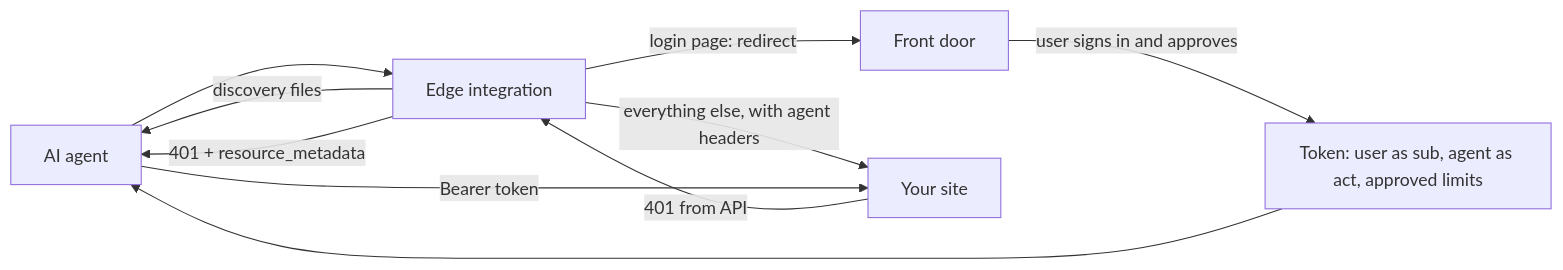
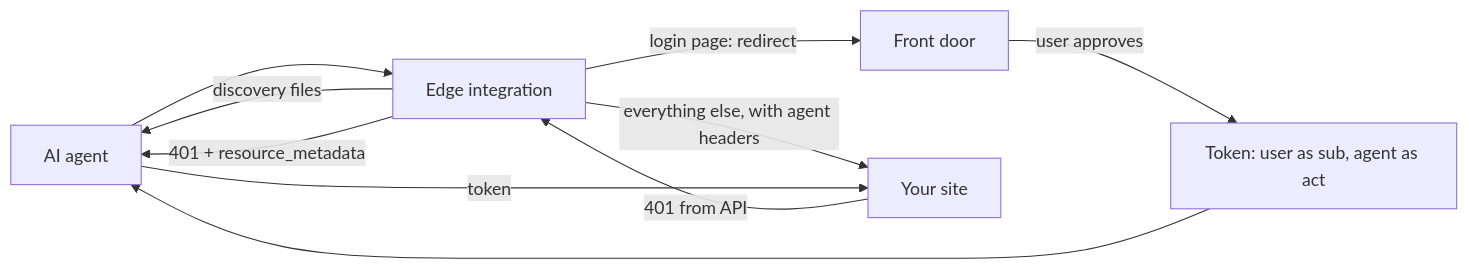
Before and after one commit to descope/agent-edge: the first of 2 diagrams in README.md, drawn with Mermaid. The commit also changed other lines of this file and 2 other files, not shown here.

````diff
--- a/README.md
+++ b/README.md
@@ -30,12 +21,12 @@
 ```mermaid
 flowchart LR
   agent[AI agent] --> edge[Edge integration]
   edge -- "discovery files" --> agent
   edge -- "login page: redirect" --> door[Front door]
   edge -- "everything else, with agent headers" --> site[Your site]
   site -- "401 from API" --> edge
   edge -- "401 + resource_metadata" --> agent
-  door -- "user signs in and approves" --> token["Token: user as sub, agent as act, approved limits"]
+  door -- "user approves" --> token["Token: user as sub, agent as act"]
   token --> agent
-  agent -- "Bearer token" --> site
+  agent -- "token" --> site
 ```
````
